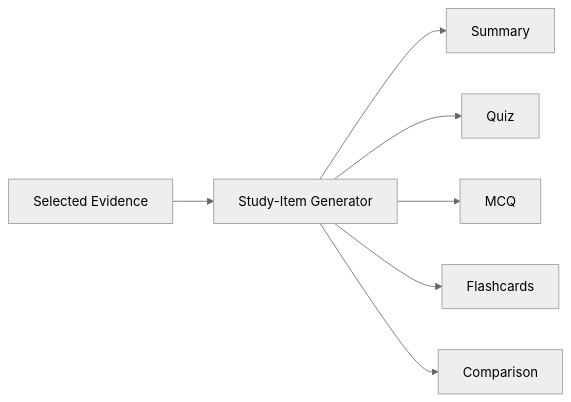
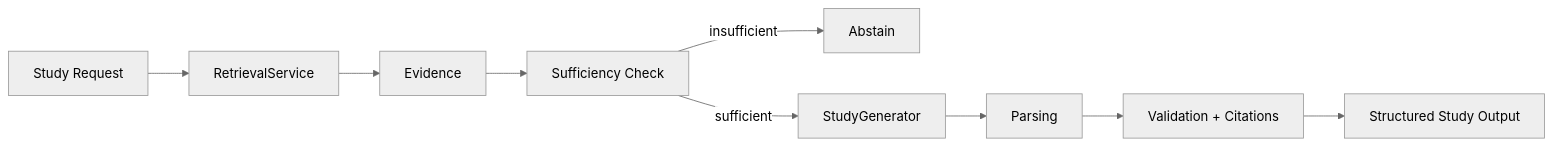
The sixth of 7 diagrams in docs/architecture/system-architecture.md (Vishwath-Narayana/multimodal-study-assistant), drawn with Mermaid (neutral theme) before and after one commit. The commit also changed other lines of this file and 7 other files, not shown here.

First line of the commit message:
docs: document study engine architecture

````diff
--- a/docs/architecture/system-architecture.md
+++ b/docs/architecture/system-architecture.md
@@ -143,9 +143,11 @@
 ```mermaid
 flowchart LR
-    Evidence[Selected Evidence] --> Gen[Study-Item Generator]
-    Gen --> Summary[Summary]
-    Gen --> Quiz[Quiz]
-    Gen --> MCQ[MCQ]
-    Gen --> Flash[Flashcards]
-    Gen --> Compare[Comparison]
+    Req[Study Request] --> Ret[RetrievalService]
+    Ret --> Evidence[Evidence]
+    Evidence --> Suff[Sufficiency Check]
+    Suff -->|insufficient| Abstain[Abstain]
+    Suff -->|sufficient| Gen[StudyGenerator]
+    Gen --> Parse[Parsing]
+    Parse --> Val[Validation + Citations]
+    Val --> Out[Structured Study Output]
 ```
````
